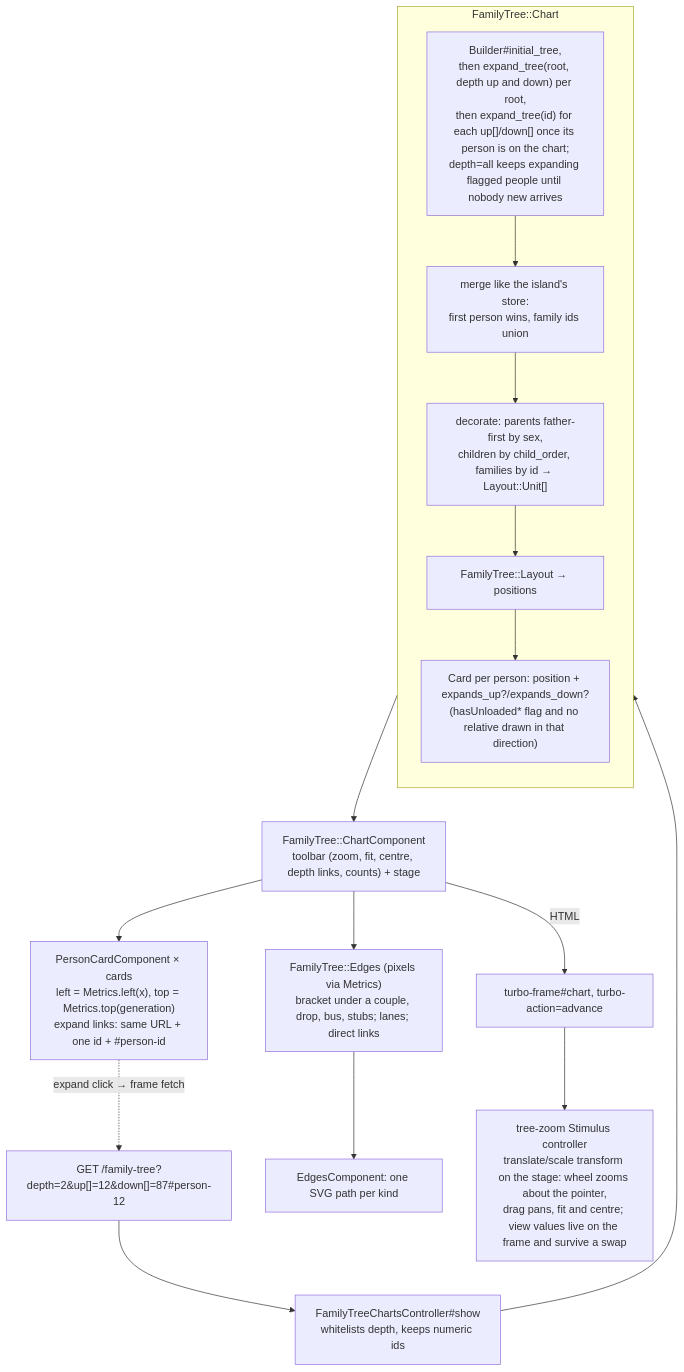
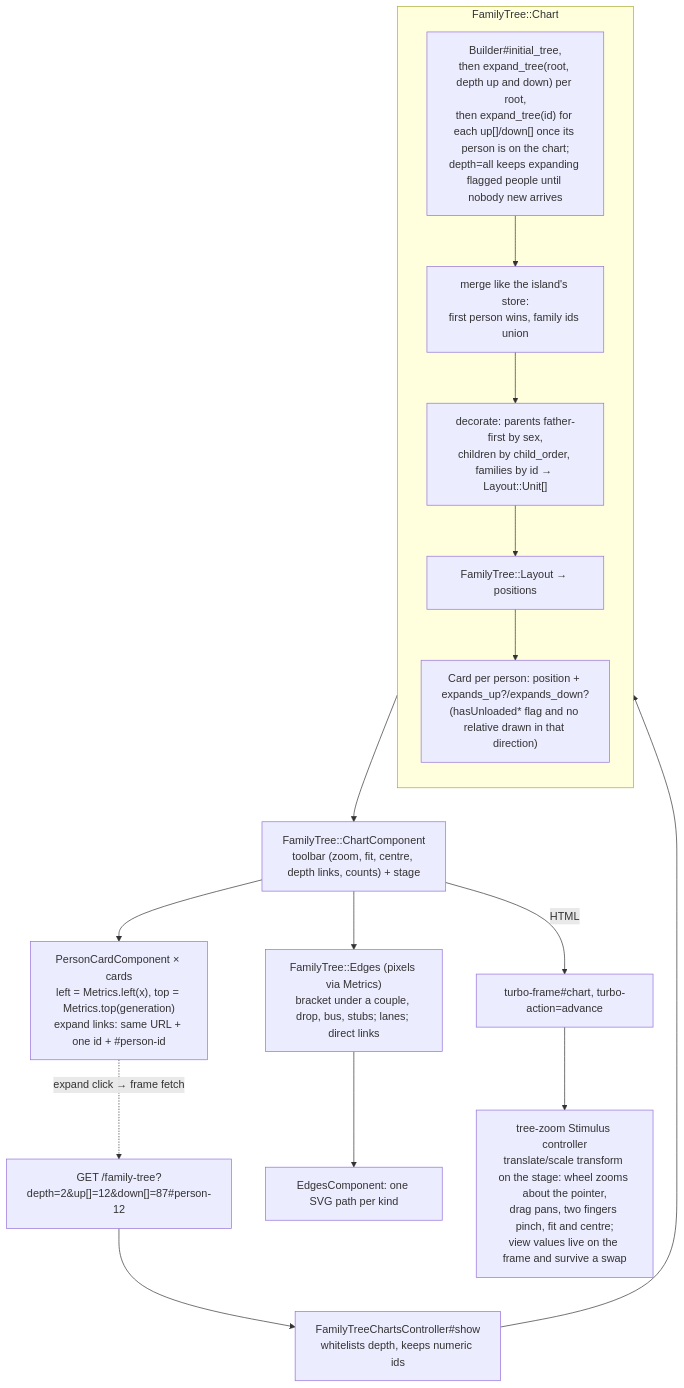
One commit to timothyjamesmarias/family_archive changed the second of 3 diagrams in docs/family-tree-architecture.md. Above: the diagram before and after it, drawn with Mermaid. The commit also changed 2 other files, not shown here.

Commit message:
Chart: pinch to zoom on touch screens (#43)
The zoom controller now tracks every pointer down on the canvas: the
pointers' midpoint pans, and with two fingers the change in their spread
zooms about that midpoint. One finger or a mouse button is the same code
path with zero spread, so dragging is unchanged, and a trackpad pinch on
desktop already arrives as a ctrl+wheel the wheel handler covers.

````diff
--- a/docs/family-tree-architecture.md
+++ b/docs/family-tree-architecture.md
@@ -50,24 +50,24 @@
 ```mermaid
 flowchart TD
     URL["GET /family-tree?depth=2&up[]=12&down[]=87#person-12"] --> C["FamilyTreeChartsController#show<br/>whitelists depth, keeps numeric ids"]
     C --> Chart
 
     subgraph Chart["FamilyTree::Chart"]
         direction TB
         I["Builder#initial_tree,<br/>then expand_tree(root, depth up and down) per root,<br/>then expand_tree(id) for each up[]/down[] once its person is on the chart;<br/>depth=all keeps expanding flagged people until nobody new arrives"]
         MG["merge like the island's store:<br/>first person wins, family ids union"]
         U["decorate: parents father-first by sex,<br/>children by child_order, families by id → Layout::Unit[]"]
         LY["FamilyTree::Layout → positions"]
         F["Card per person: position + expands_up?/expands_down?<br/>(hasUnloaded* flag and no relative drawn in that direction)"]
         I --> MG --> U --> LY --> F
     end
 
     Chart --> V["FamilyTree::ChartComponent<br/>toolbar (zoom, fit, centre, depth links, counts) + stage"]
     V --> E["FamilyTree::Edges (pixels via Metrics)<br/>bracket under a couple, drop, bus, stubs; lanes; direct links"]
     E --> Ed["EdgesComponent: one SVG path per kind"]
     V --> Cards["PersonCardComponent × cards<br/>left = Metrics.left(x), top = Metrics.top(generation)<br/>expand links: same URL + one id + #person-id"]
 
     V -->|HTML| Frame["turbo-frame#chart, turbo-action=advance"]
-    Frame --> Z["tree-zoom Stimulus controller<br/>translate/scale transform on the stage: wheel zooms about the pointer,<br/>drag pans, fit and centre; view values live on the frame and survive a swap"]
+    Frame --> Z["tree-zoom Stimulus controller<br/>translate/scale transform on the stage: wheel zooms about the pointer,<br/>drag pans, two fingers pinch, fit and centre;<br/>view values live on the frame and survive a swap"]
     Cards -.->|"expand click → frame fetch"| URL
 ```
````
